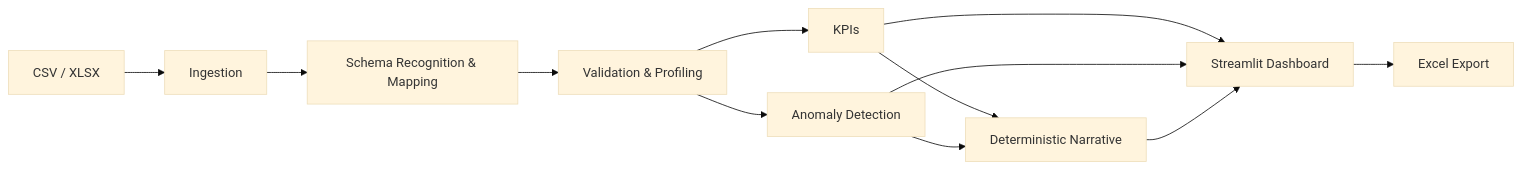
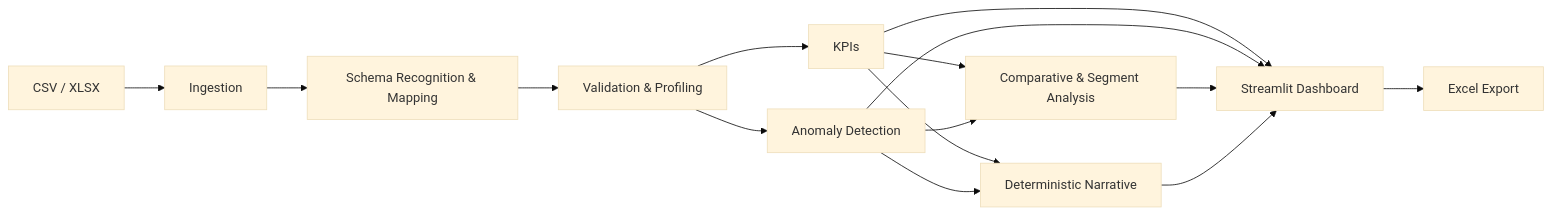
The diagram in README.md (victortapiavm/OpsReport), drawn with Mermaid (base theme) before and after one commit. The commit also changed other lines of this file and 9 other files, not shown here.

````diff
--- a/README.md
+++ b/README.md
@@ -97,14 +100,17 @@
 ```mermaid
 flowchart LR
     A[CSV / XLSX] --> B[Ingestion]
     B --> S[Schema Recognition & Mapping]
     S --> C[Validation & Profiling]
     C --> D[KPIs]
     C --> E[Anomaly Detection]
+    D --> I[Comparative & Segment Analysis]
+    E --> I
     D --> F[Deterministic Narrative]
     E --> F
     D --> G[Streamlit Dashboard]
     E --> G
+    I --> G
     F --> G
     G --> H[Excel Export]
 ```
````
